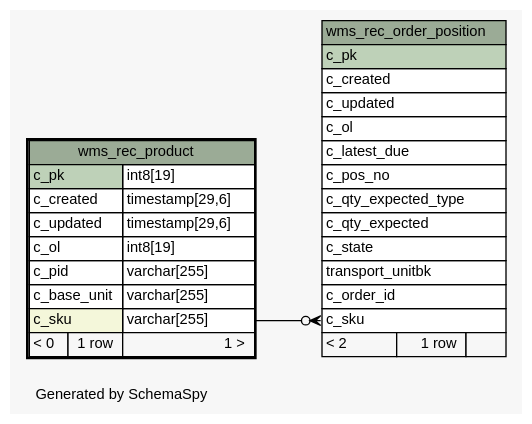
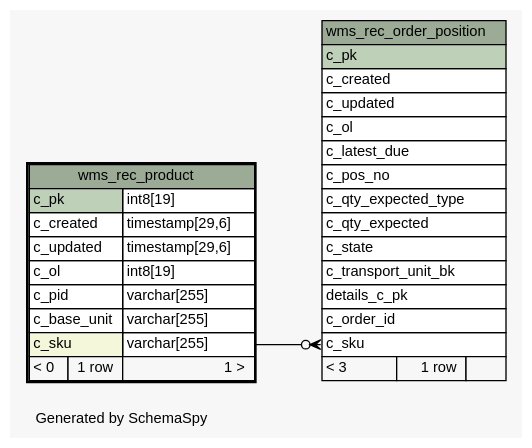
The diagram in schemaspy/diagrams/wms_rec_product.1degree.dot (openwms/org.openwms.wms.receiving.lib), drawn with Graphviz before and after one commit. The commit also changed 186 other files, not shown here.

```diff
--- a/schemaspy/diagrams/wms_rec_product.1degree.dot
+++ b/schemaspy/diagrams/wms_rec_product.1degree.dot
@@ -1,60 +1,61 @@
 // dot 2.36.0 on Linux 4.4.0-101-generic
 // SchemaSpy rev Unknown
 digraph "oneDegreeRelationshipsDiagram" {
   graph [
     rankdir="RL"
     bgcolor="#f7f7f7"
     label="\nGenerated by SchemaSpy"
     labeljust="l"
     nodesep="0.18"
     ranksep="0.46"
     fontname="Helvetica"
     fontsize="11"
   ];
   node [
     fontname="Helvetica"
     fontsize="11"
     shape="plaintext"
   ];
   edge [
     arrowsize="0.8"
   ];
   "wms_rec_order_position":"c_sku":w -> "wms_rec_product":"c_sku.type":e [arrowhead=none dir=back arrowtail=crowodot];
   "wms_rec_order_position" [
     label=<
     <TABLE BORDER="0" CELLBORDER="1" CELLSPACING="0" BGCOLOR="#ffffff">
       <TR><TD COLSPAN="3" BGCOLOR="#9bab96" ALIGN="CENTER">wms_rec_order_position</TD></TR>
       <TR><TD PORT="c_pk" COLSPAN="3" BGCOLOR="#bed1b8" ALIGN="LEFT">c_pk</TD></TR>
       <TR><TD PORT="c_created" COLSPAN="3" ALIGN="LEFT">c_created</TD></TR>
       <TR><TD PORT="c_updated" COLSPAN="3" ALIGN="LEFT">c_updated</TD></TR>
       <TR><TD PORT="c_ol" COLSPAN="3" ALIGN="LEFT">c_ol</TD></TR>
       <TR><TD PORT="c_latest_due" COLSPAN="3" ALIGN="LEFT">c_latest_due</TD></TR>
       <TR><TD PORT="c_pos_no" COLSPAN="3" ALIGN="LEFT">c_pos_no</TD></TR>
       <TR><TD PORT="c_qty_expected_type" COLSPAN="3" ALIGN="LEFT">c_qty_expected_type</TD></TR>
       <TR><TD PORT="c_qty_expected" COLSPAN="3" ALIGN="LEFT">c_qty_expected</TD></TR>
       <TR><TD PORT="c_state" COLSPAN="3" ALIGN="LEFT">c_state</TD></TR>
-      <TR><TD PORT="transport_unitbk" COLSPAN="3" ALIGN="LEFT">transport_unitbk</TD></TR>
+      <TR><TD PORT="c_transport_unit_bk" COLSPAN="3" ALIGN="LEFT">c_transport_unit_bk</TD></TR>
+      <TR><TD PORT="details_c_pk" COLSPAN="3" ALIGN="LEFT">details_c_pk</TD></TR>
       <TR><TD PORT="c_order_id" COLSPAN="3" ALIGN="LEFT">c_order_id</TD></TR>
       <TR><TD PORT="c_sku" COLSPAN="3" ALIGN="LEFT">c_sku</TD></TR>
-      <TR><TD ALIGN="LEFT" BGCOLOR="#f7f7f7">&lt; 2</TD><TD ALIGN="RIGHT" BGCOLOR="#f7f7f7">1 row</TD><TD ALIGN="RIGHT" BGCOLOR="#f7f7f7">  </TD></TR>
+      <TR><TD ALIGN="LEFT" BGCOLOR="#f7f7f7">&lt; 3</TD><TD ALIGN="RIGHT" BGCOLOR="#f7f7f7">1 row</TD><TD ALIGN="RIGHT" BGCOLOR="#f7f7f7">  </TD></TR>
     </TABLE>>
     URL="wms_rec_order_position.html"
     tooltip="wms_rec_order_position"
   ];
   "wms_rec_product" [
     label=<
     <TABLE BORDER="2" CELLBORDER="1" CELLSPACING="0" BGCOLOR="#ffffff">
       <TR><TD COLSPAN="3" BGCOLOR="#9bab96" ALIGN="CENTER">wms_rec_product</TD></TR>
       <TR><TD PORT="c_pk" COLSPAN="2" BGCOLOR="#bed1b8" ALIGN="LEFT">c_pk</TD><TD PORT="c_pk.type" ALIGN="LEFT">int8[19]</TD></TR>
       <TR><TD PORT="c_created" COLSPAN="2" ALIGN="LEFT">c_created</TD><TD PORT="c_created.type" ALIGN="LEFT">timestamp[29,6]</TD></TR>
       <TR><TD PORT="c_updated" COLSPAN="2" ALIGN="LEFT">c_updated</TD><TD PORT="c_updated.type" ALIGN="LEFT">timestamp[29,6]</TD></TR>
       <TR><TD PORT="c_ol" COLSPAN="2" ALIGN="LEFT">c_ol</TD><TD PORT="c_ol.type" ALIGN="LEFT">int8[19]</TD></TR>
       <TR><TD PORT="c_pid" COLSPAN="2" ALIGN="LEFT">c_pid</TD><TD PORT="c_pid.type" ALIGN="LEFT">varchar[255]</TD></TR>
       <TR><TD PORT="c_base_unit" COLSPAN="2" ALIGN="LEFT">c_base_unit</TD><TD PORT="c_base_unit.type" ALIGN="LEFT">varchar[255]</TD></TR>
       <TR><TD PORT="c_sku" COLSPAN="2" BGCOLOR="#f4f7da" ALIGN="LEFT">c_sku</TD><TD PORT="c_sku.type" ALIGN="LEFT">varchar[255]</TD></TR>
       <TR><TD ALIGN="LEFT" BGCOLOR="#f7f7f7">&lt; 0</TD><TD ALIGN="RIGHT" BGCOLOR="#f7f7f7">1 row</TD><TD ALIGN="RIGHT" BGCOLOR="#f7f7f7">1 &gt;</TD></TR>
     </TABLE>>
     URL="wms_rec_product.html"
     tooltip="wms_rec_product"
   ];
 }
```
